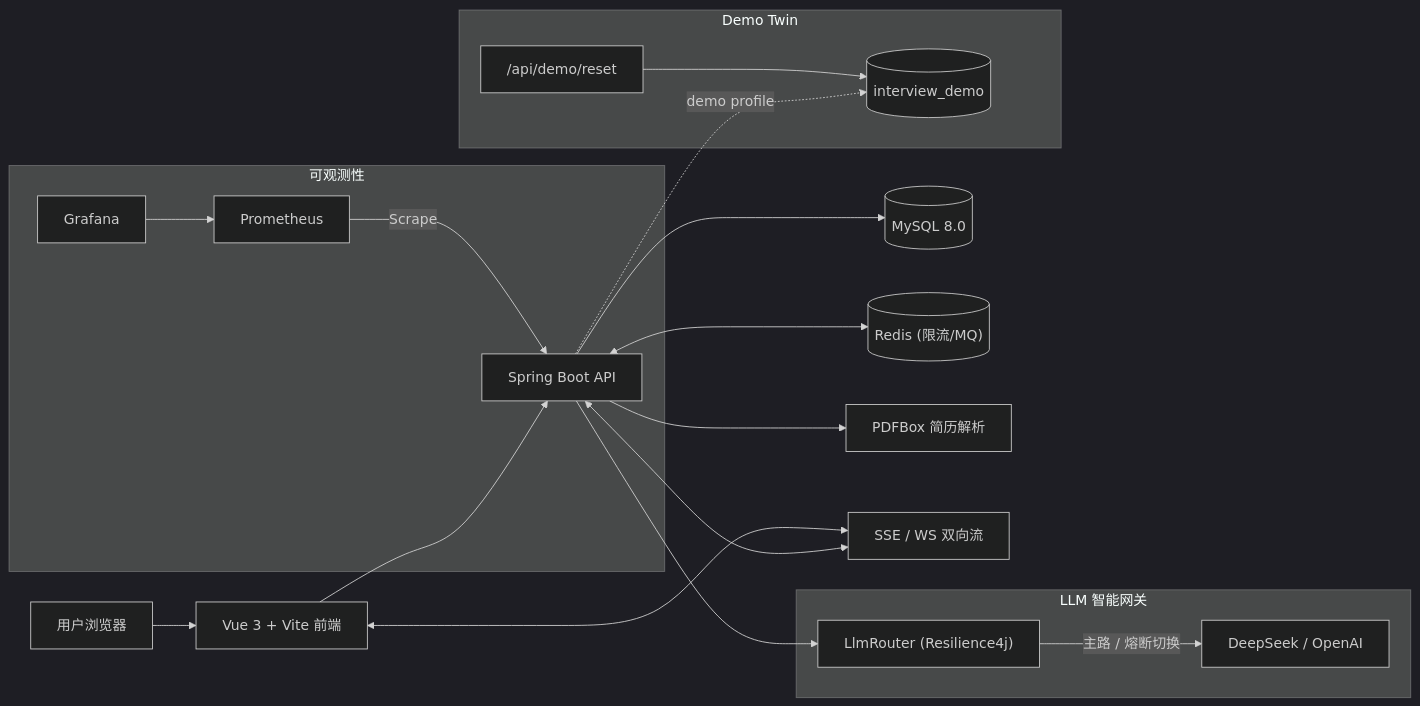
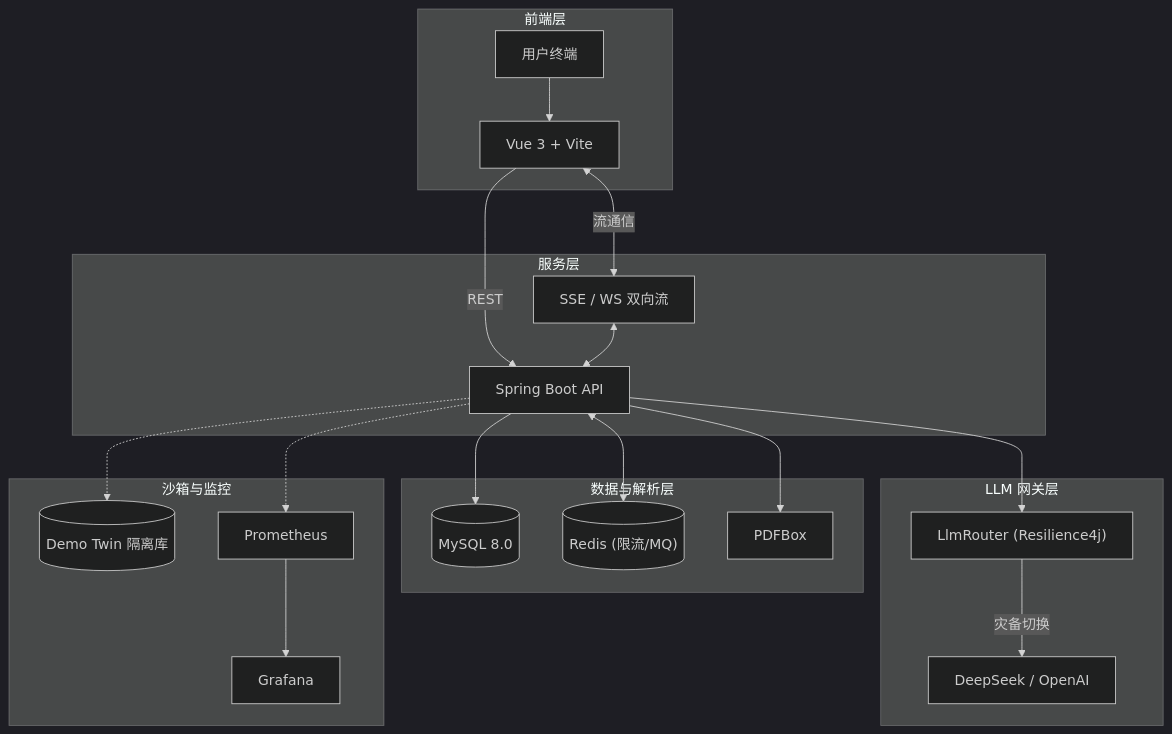
The diagram in README.md (zyyyyynnn/Prelude), drawn with Mermaid (dark theme) before and after one commit.

Commit message:
docs: refactor system architecture diagram layout to TB for better rendering

````diff
--- a/README.md
+++ b/README.md
@@ -27,32 +27,42 @@
 ```mermaid
-flowchart LR
-  U["用户浏览器"] --> FE["Vue 3 + Vite 前端"]
-  FE --> API["Spring Boot API"]
-  API --> DB[("MySQL 8.0")]
-  API <--> Redis[("Redis (限流/MQ)")]
-  API --> PDF["PDFBox 简历解析"]
+flowchart TB
+  subgraph Client ["前端层"]
+    U["用户终端"] --> FE["Vue 3 + Vite"]
+  end
+
+  subgraph Server ["服务层"]
+    API["Spring Boot API"]
+    WS["SSE / WS 双向流"]
+  end
+
+  subgraph Data ["数据与解析层"]
+    DB[("MySQL 8.0")]
+    Redis[("Redis (限流/MQ)")]
+    PDF["PDFBox"]
+  end
+
+  subgraph Gateway ["LLM 网关层"]
+    Router["LlmRouter (Resilience4j)"]
+    LLM["DeepSeek / OpenAI"]
+    Router -->|灾备切换| LLM
+  end
+
+  subgraph Ops ["沙箱与监控"]
+    DemoDB[("Demo Twin 隔离库")]
+    Prometheus["Prometheus"]
+    Grafana["Grafana"]
+    Prometheus --> Grafana
+  end
+
+  FE -->|REST| API
+  FE <-->|流通信| WS
+  WS <--> API
   
-  subgraph LLM_Gateway["LLM 智能网关"]
-    Router["LlmRouter (Resilience4j)"]
-    DeepSeek["DeepSeek / OpenAI"]
-    Router -->|主路 / 熔断切换| DeepSeek
-  end
+  API --> DB
+  API <--> Redis
+  API --> PDF
   API --> Router
   
-  API <--> WS["SSE / WS 双向流"]
-  WS <--> FE
-  
-  subgraph DemoTwin["Demo Twin"]
-    DemoDB[("interview_demo")]
-    DemoSeed["/api/demo/reset"]
-  end
-  API -.demo profile.-> DemoDB
-  DemoSeed --> DemoDB
-  
-  subgraph Observability["可观测性"]
-    Prometheus["Prometheus"]
-    Grafana["Grafana"]
-    Prometheus -->|Scrape| API
-    Grafana --> Prometheus
-  end
+  API -.-> DemoDB
+  API -.-> Prometheus
 ```
````
